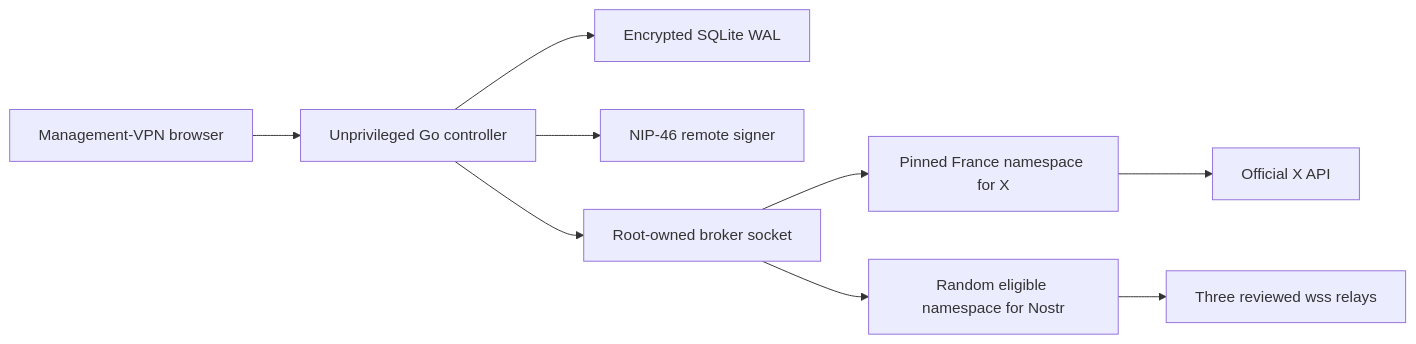
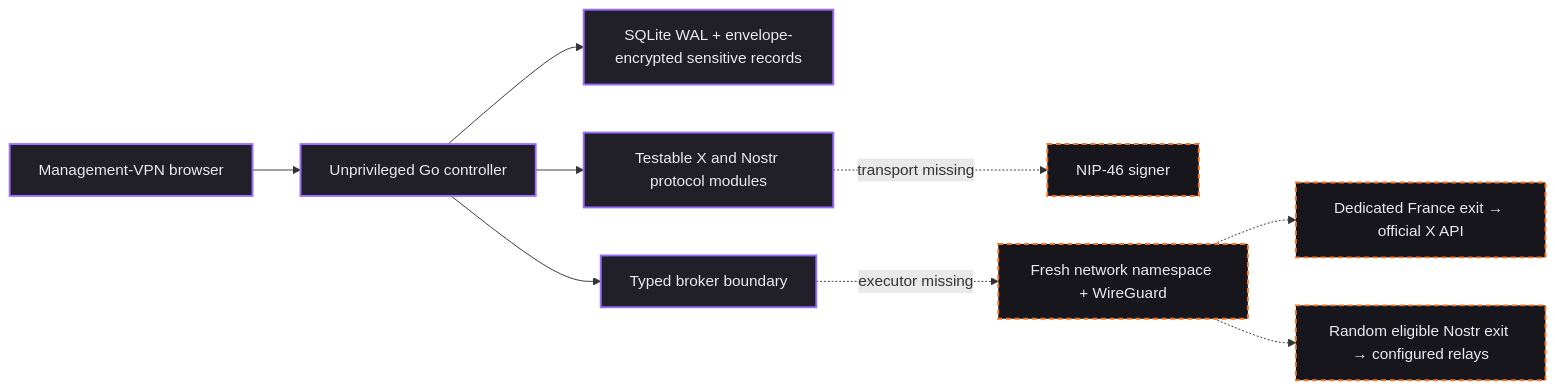
The diagram in README.md (s00ly/nomadposting), drawn with Mermaid before and after one commit. The commit also changed other lines of this file and 2 other files, not shown here.

````diff
--- a/README.md
+++ b/README.md
@@ -26,11 +82,16 @@
 ```mermaid
 flowchart LR
     B["Management-VPN browser"] --> C["Unprivileged Go controller"]
-    C --> D["Encrypted SQLite WAL"]
-    C --> S["NIP-46 remote signer"]
-    C --> K["Root-owned broker socket"]
-    K --> X["Pinned France namespace for X"]
-    K --> N["Random eligible namespace for Nostr"]
-    X --> XA["Official X API"]
-    N --> R["Three reviewed wss relays"]
+    C --> D["SQLite WAL + envelope-encrypted sensitive records"]
+    C --> P["Testable X and Nostr protocol modules"]
+    C --> K["Typed broker boundary"]
+    P -. "transport missing" .-> S["NIP-46 signer"]
+    K -. "executor missing" .-> N["Fresh network namespace + WireGuard"]
+    N -.-> X["Dedicated France exit → official X API"]
+    N -.-> R["Random eligible Nostr exit → configured relays"]
+
+    classDef built fill:#211F28,stroke:#9B6DFF,color:#ECEAF0,stroke-width:2px;
+    classDef gate fill:#17161C,stroke:#FF731A,color:#ECEAF0,stroke-width:2px,stroke-dasharray:5 4;
+    class B,C,D,P,K built;
+    class S,N,X,R gate;
 ```
````
